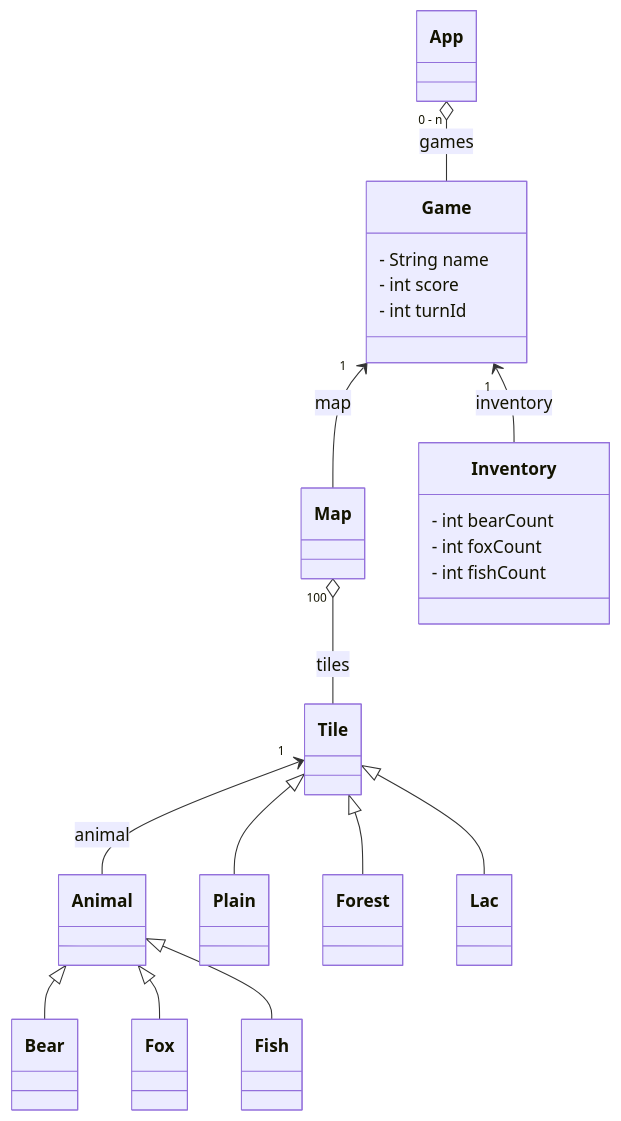
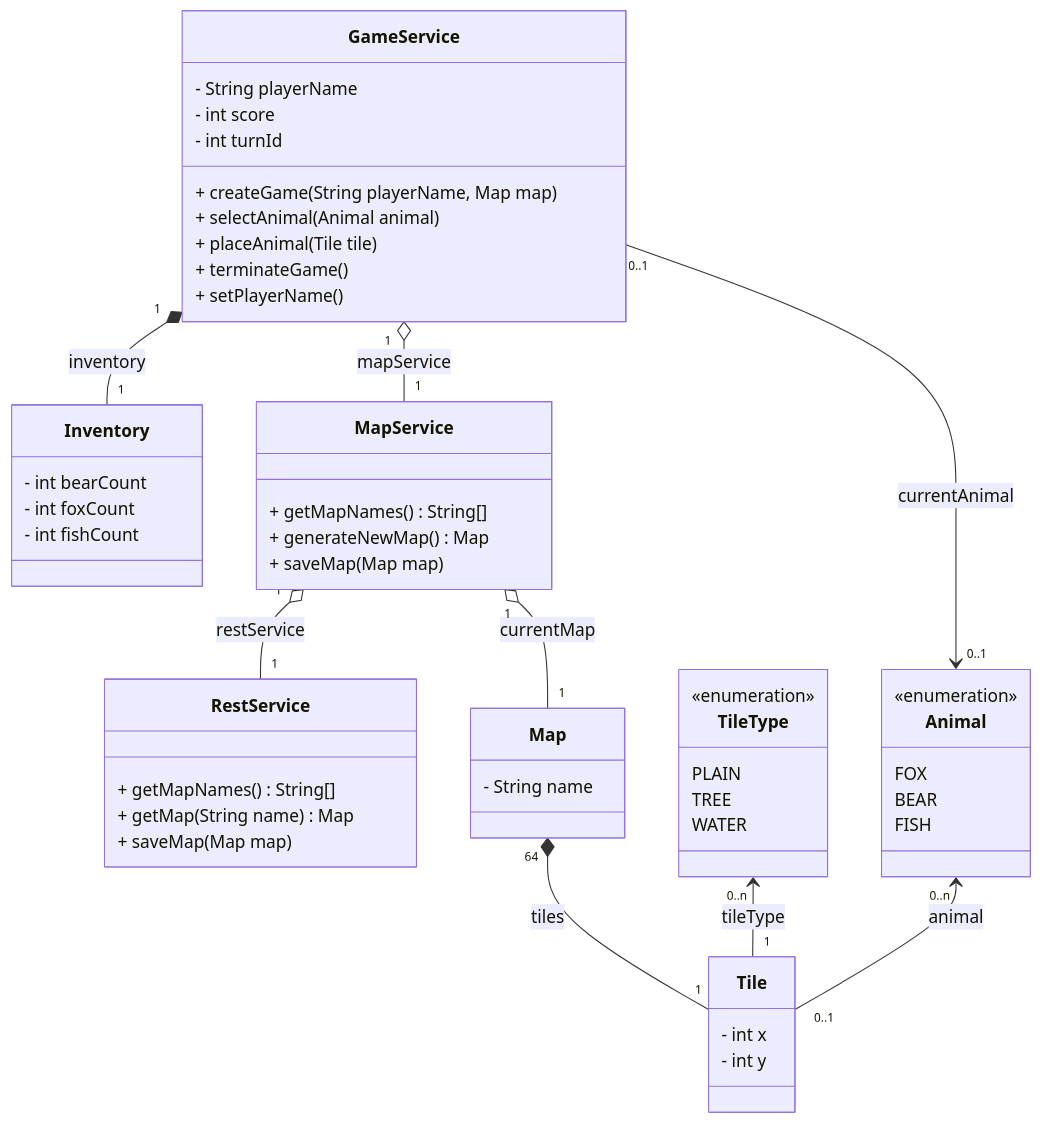
The diagram in game-doc/uml.mmd (floflo0/angular-practical), drawn with Mermaid before and after one commit. The commit also changed 1 other file, not shown here.

Commit message:
Updated UML diagram (fbartra/web2-bartra-laine!4)

```diff
--- a/game-doc/uml.mmd
+++ b/game-doc/uml.mmd
@@ -1,55 +1,64 @@
 classDiagram
 direction TB
-    class App {
-    }
-
-    class Game {
-	    - String name
-	    - int score
-	    - int turnId
-    }
-
-    class Map {
-    }
 
     class Inventory {
 	    - int bearCount
 	    - int foxCount
 	    - int fishCount
     }
 
+    class MapService {
+        + getMapNames() String[]
+        + generateNewMap() Map
+        + saveMap(Map map)
+    }
+
+    class RestService {
+        + getMapNames() String[]
+        + getMap(String name) Map
+        + saveMap(Map map)
+    }
+
+    class GameService {
+	    - String playerName
+        - int score
+	    - int turnId
+
+        + createGame(String playerName, Map map)
+        + selectAnimal(Animal animal)
+        + placeAnimal(Tile tile)
+        + terminateGame()
+        + setPlayerName()
+    }
+
+    class Map {
+        - String name
+    }
+
     class Tile {
+        - int x
+        - int y
+    }
+
+    class TileType {
+        <<enumeration>>
+        PLAIN
+        TREE
+        WATER
     }
 
     class Animal {
+        <<enumeration>>
+        FOX
+        BEAR 
+        FISH
     }
 
-    class Plain {
-    }
-
-    class Forest {
-    }
-
-    class Lac {
-    }
-
-    class Bear {
-    }
-
-    class Fox {
-    }
-
-    class Fish {
-    }
-
-    App "0 - n" o-- Game : games
-    Game "1" <-- Map : map
-    Game "1" <-- Inventory : inventory
-    Map "100" o-- Tile : tiles
-    Tile "1" <-- Animal : animal
-    Tile <|-- Plain
-    Tile <|-- Forest
-    Tile <|-- Lac
-    Animal <|-- Bear
-    Animal <|-- Fox
-    Animal <|-- Fish
+    GameService "1" o-- "1" MapService : mapService
+    GameService "0..1" --> "0..1" Animal : currentAnimal
+    MapService "1" o-- "1" RestService : restService
+    MapService "1" o-- "1" Map : currentMap
+    GameService "1" *-- "1" Inventory : inventory
+    Map "64" *-- "1" Tile : tiles
+    TileType "0..n" <-- "1" Tile : tileType
+    Animal "0..n" <-- "0..1" Tile : animal
```
